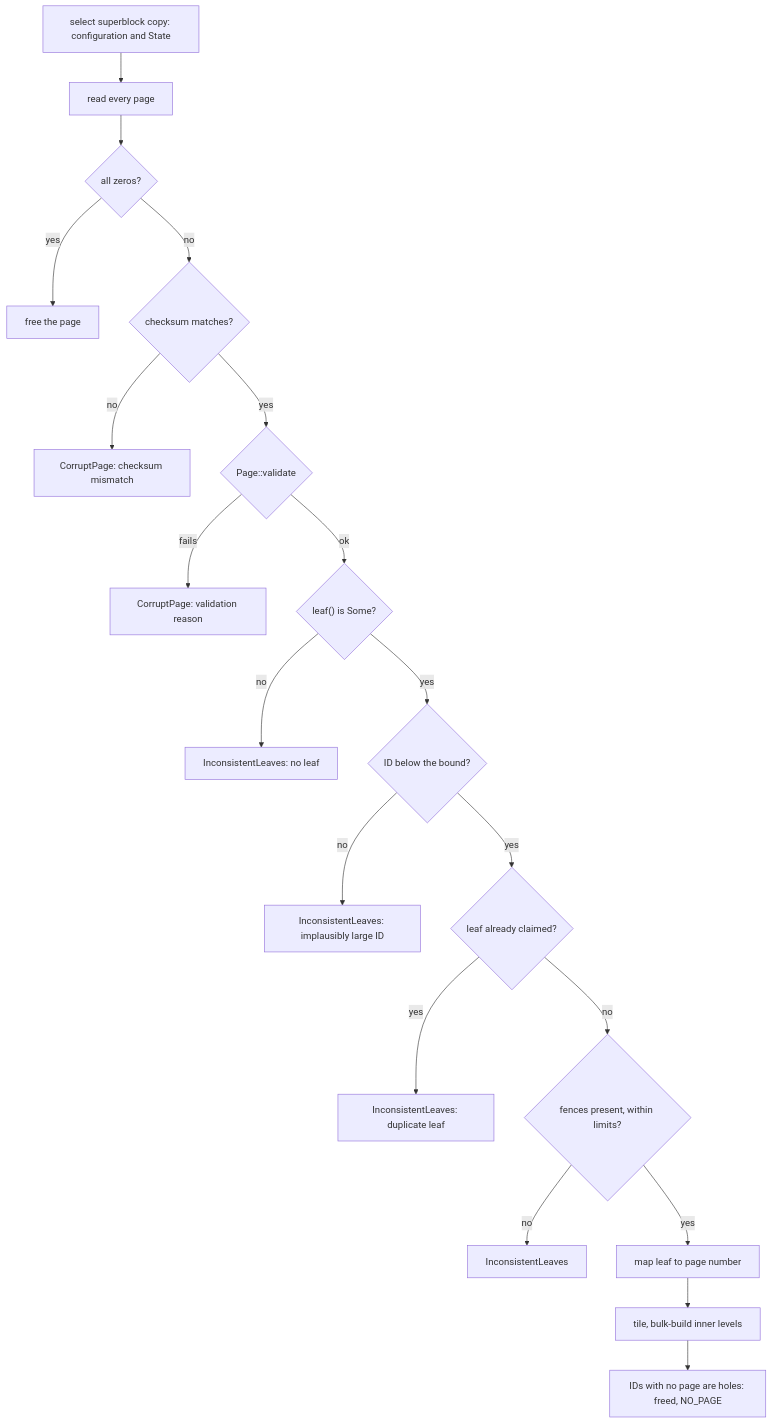
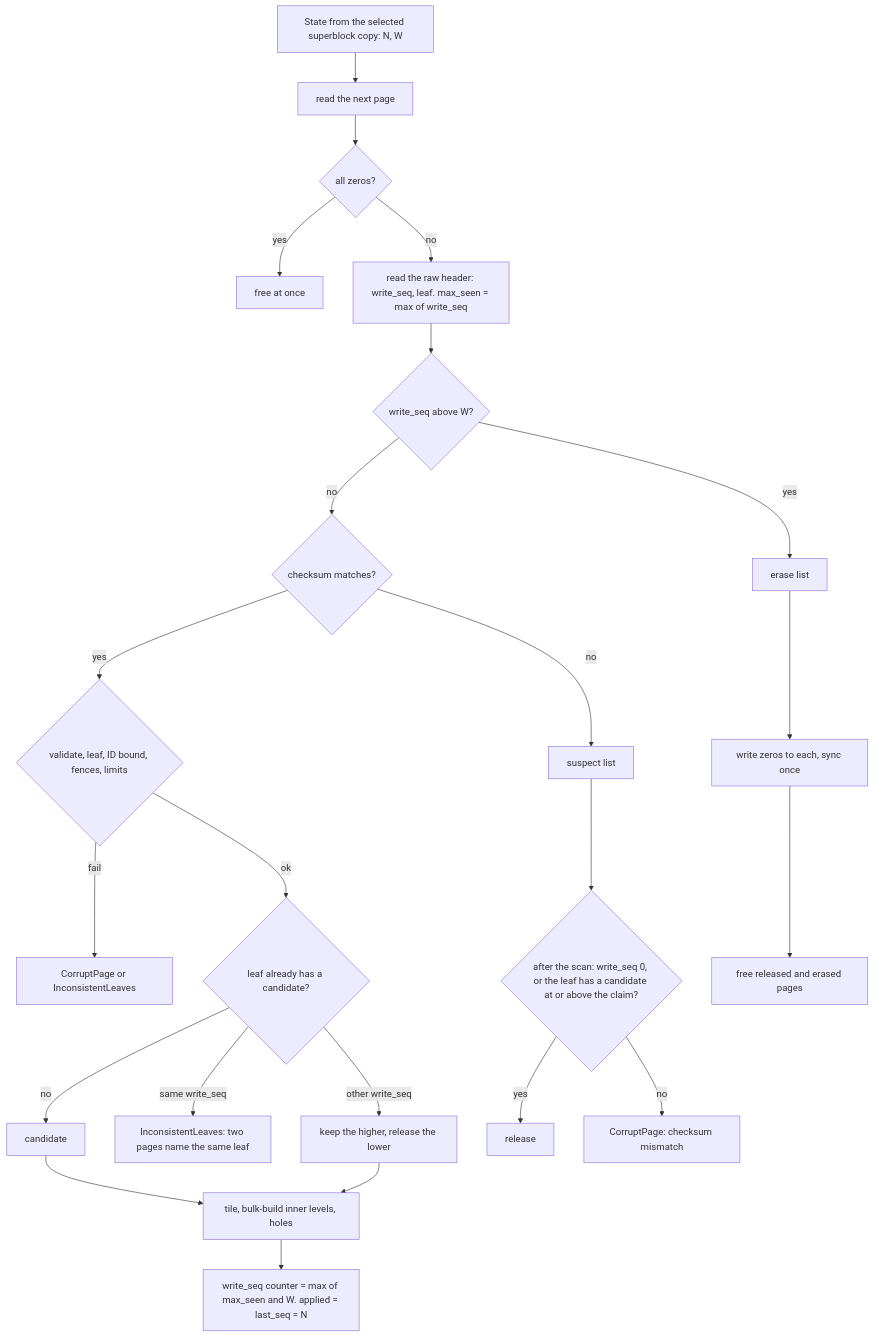
The third of 3 diagrams in docs/design/bf-tree-persistence.md (raydatray/peppydb), drawn with Mermaid before and after one commit. The commit also changed other lines of this file and 16 other files, not shown here.

````diff
--- a/docs/design/bf-tree-persistence.md
+++ b/docs/design/bf-tree-persistence.md
@@ -391,21 +765,25 @@
 ```mermaid
 flowchart TD
-    S["select superblock copy: configuration and State"] --> R[read every page]
-    R --> Z{all zeros?}
-    Z -->|yes| F["free the page"]
-    Z -->|no| C{checksum matches?}
-    C -->|no| E0["CorruptPage: checksum mismatch"]
-    C -->|yes| V{Page::validate}
-    V -->|fails| E1["CorruptPage: validation reason"]
-    V -->|ok| N{"leaf() is Some?"}
-    N -->|no| E2["InconsistentLeaves: no leaf"]
-    N -->|yes| B{"ID below the bound?"}
-    B -->|no| E3["InconsistentLeaves: implausibly large ID"]
-    B -->|yes| D{leaf already claimed?}
-    D -->|yes| E4["InconsistentLeaves: duplicate leaf"]
-    D -->|no| L{"fences present, within limits?"}
-    L -->|no| E5[InconsistentLeaves]
-    L -->|yes| M["map leaf to page number"]
-    M --> T["tile, bulk-build inner levels"]
-    T --> H["IDs with no page are holes: freed, NO_PAGE"]
+    A["State from the selected superblock copy: N, W"] --> B[read the next page]
+    B --> Z{all zeros?}
+    Z -->|yes| F0["free at once"]
+    Z -->|no| H["read the raw header: write_seq, leaf. max_seen = max of write_seq"]
+    H --> W1{"write_seq above W?"}
+    W1 -->|yes| X[erase list]
+    W1 -->|no| K{checksum matches?}
+    K -->|no| SU[suspect list]
+    K -->|yes| V{"validate, leaf, ID bound, fences, limits"}
+    V -->|fail| E1["CorruptPage or InconsistentLeaves"]
+    V -->|ok| D{"leaf already has a candidate?"}
+    D -->|no| C1[candidate]
+    D -->|"same write_seq"| E2["InconsistentLeaves: two pages name the same leaf"]
+    D -->|"other write_seq"| C2["keep the higher, release the lower"]
+    SU --> SR{"after the scan: write_seq 0, or the leaf has a candidate at or above the claim?"}
+    SR -->|yes| RL[release]
+    SR -->|no| E3["CorruptPage: checksum mismatch"]
+    X --> ER["write zeros to each, sync once"]
+    ER --> FR["free released and erased pages"]
+    C1 --> TL["tile, bulk-build inner levels, holes"]
+    C2 --> TL
+    TL --> RS["write_seq counter = max of max_seen and W. applied = last_seq = N"]
 ```
````
